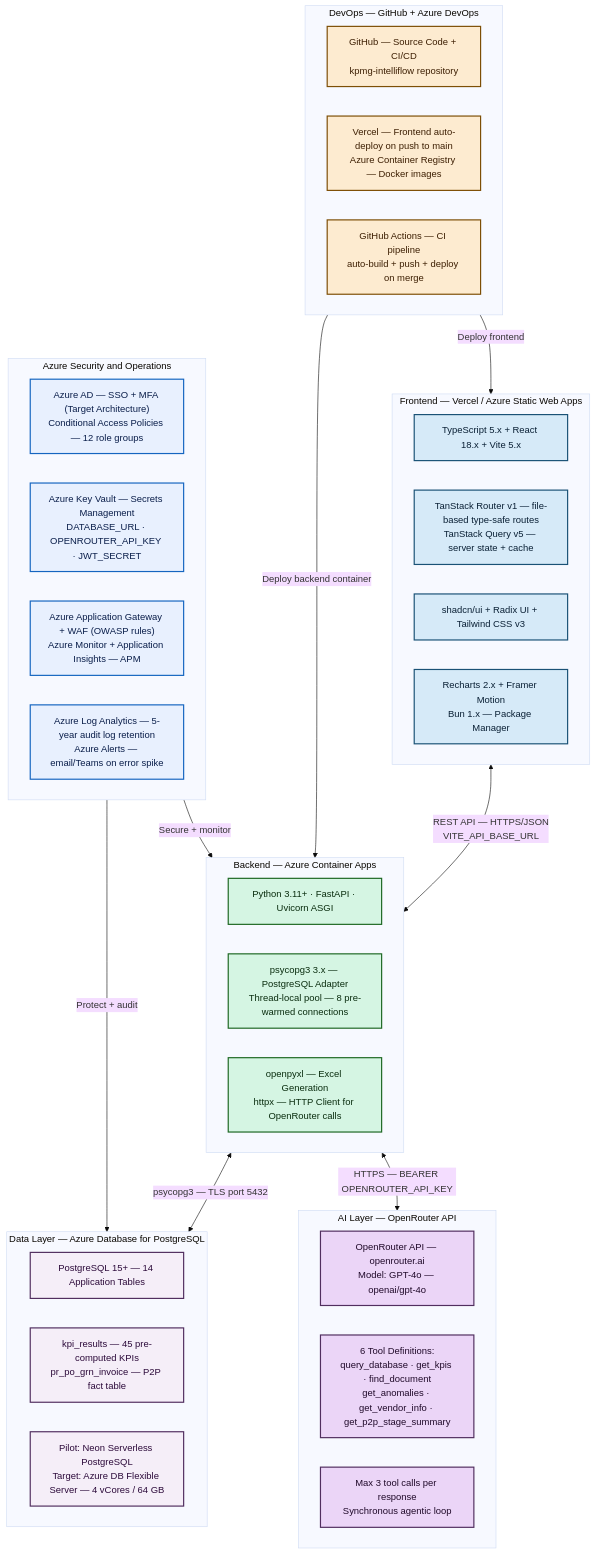
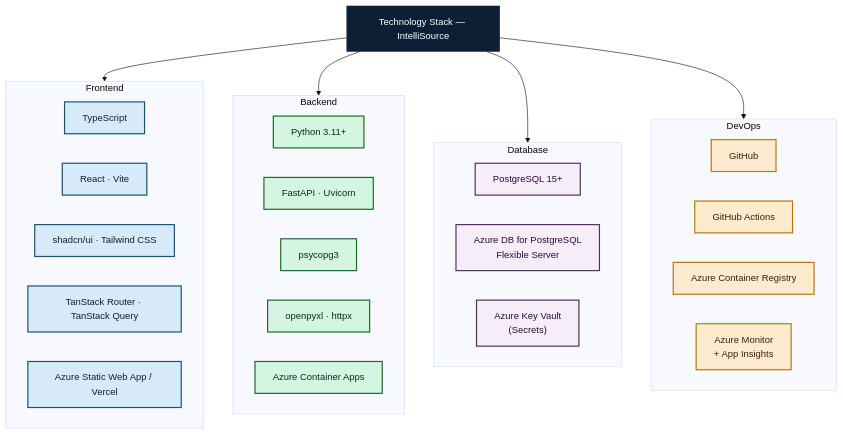
One commit to satyam-raj404/kpmg-intelliflow changed the diagram in ARB/D06_AppArch_TechnologyStack.mmd. Above: the diagram before and after it, drawn with Mermaid (base theme). The commit also changed 28 other files, not shown here.

First line of the commit message:
feat: add vendor CRUD, rework all 11 ARB diagrams, add demo video guide

```diff
--- a/ARB/D06_AppArch_TechnologyStack.mmd
+++ b/ARB/D06_AppArch_TechnologyStack.mmd
@@ -1,61 +1,48 @@
 flowchart TD
+    classDef hdrStyle fill:#0D1F35,stroke:#0D1F35,color:#FFFFFF,stroke-width:0px
     classDef feStyle  fill:#D6EAF8,stroke:#1A5276,color:#0A2035,stroke-width:2px
     classDef beStyle  fill:#D5F5E3,stroke:#1E6823,color:#0A2D0F,stroke-width:2px
     classDef dbStyle  fill:#F5EEF8,stroke:#512E5F,color:#2C0A3A,stroke-width:2px
-    classDef aiStyle  fill:#EBD5F7,stroke:#512E5F,color:#200A2A,stroke-width:2px
-    classDef devStyle fill:#FDEBD0,stroke:#7D4E05,color:#3D1F03,stroke-width:2px
-    classDef azStyle  fill:#E8F0FE,stroke:#1565C0,color:#0A1E4A,stroke-width:2px
-    classDef connStyle fill:#FFFFFF,stroke:#888888,color:#333333,stroke-width:1px
+    classDef devStyle fill:#FDEBD0,stroke:#B7770D,color:#3D1F03,stroke-width:2px
 
-    subgraph FE["Frontend — Vercel / Azure Static Web Apps"]
-        FE1["TypeScript 5.x + React 18.x + Vite 5.x"]
-        FE2["TanStack Router v1 — file-based type-safe routes\nTanStack Query v5 — server state + cache"]
-        FE3["shadcn/ui + Radix UI + Tailwind CSS v3"]
-        FE4["Recharts 2.x + Framer Motion\nBun 1.x — Package Manager"]
+    HDR["Technology Stack — IntelliSource"]
+
+    subgraph COL_FE["Frontend"]
+        FE_L["TypeScript"]
+        FE_F["React · Vite"]
+        FE_U["shadcn/ui · Tailwind CSS"]
+        FE_S["TanStack Router · TanStack Query"]
+        FE_H["Azure Static Web App / Vercel"]
     end
 
-    subgraph BE["Backend — Azure Container Apps"]
-        BE1["Python 3.11+ · FastAPI · Uvicorn ASGI"]
-        BE2["psycopg3 3.x — PostgreSQL Adapter\nThread-local pool — 8 pre-warmed connections"]
-        BE3["openpyxl — Excel Generation\nhttpx — HTTP Client for OpenRouter calls"]
+    subgraph COL_BE["Backend"]
+        BE_L["Python 3.11+"]
+        BE_F["FastAPI · Uvicorn"]
+        BE_D["psycopg3"]
+        BE_L2["openpyxl · httpx"]
+        BE_H["Azure Container Apps"]
     end
 
-    subgraph DB["Data Layer — Azure Database for PostgreSQL"]
-        DB1["PostgreSQL 15+ — 14 Application Tables"]
-        DB2["kpi_results — 45 pre-computed KPIs\npr_po_grn_invoice — P2P fact table"]
-        DB3["Pilot: Neon Serverless PostgreSQL\nTarget: Azure DB Flexible Server — 4 vCores / 64 GB"]
+    subgraph COL_DB["Database"]
+        DB_A["PostgreSQL 15+"]
+        DB_H["Azure DB for PostgreSQL\nFlexible Server"]
+        DB_S["Azure Key Vault\n(Secrets)"]
     end
 
-    subgraph AI["AI Layer — OpenRouter API"]
-        AI1["OpenRouter API — openrouter.ai\nModel: GPT-4o — openai/gpt-4o"]
-        AI2["6 Tool Definitions:\nquery_database · get_kpis · find_document\nget_anomalies · get_vendor_info · get_p2p_stage_summary"]
-        AI3["Max 3 tool calls per response\nSynchronous agentic loop"]
+    subgraph COL_DEV["DevOps"]
+        DEV_S["GitHub"]
+        DEV_C["GitHub Actions"]
+        DEV_R["Azure Container Registry"]
+        DEV_M["Azure Monitor\n+ App Insights"]
     end
 
-    subgraph DEV["DevOps — GitHub + Azure DevOps"]
-        DEV1["GitHub — Source Code + CI/CD\nkpmg-intelliflow repository"]
-        DEV2["Vercel — Frontend auto-deploy on push to main\nAzure Container Registry — Docker images"]
-        DEV3["GitHub Actions — CI pipeline\nauto-build + push + deploy on merge"]
-    end
+    HDR --> COL_FE
+    HDR --> COL_BE
+    HDR --> COL_DB
+    HDR --> COL_DEV
 
-    subgraph AZURE["Azure Security and Operations"]
-        AZ1["Azure AD — SSO + MFA (Target Architecture)\nConditional Access Policies — 12 role groups"]
-        AZ2["Azure Key Vault — Secrets Management\nDATABASE_URL · OPENROUTER_API_KEY · JWT_SECRET"]
-        AZ3["Azure Application Gateway + WAF (OWASP rules)\nAzure Monitor + Application Insights — APM"]
-        AZ4["Azure Log Analytics — 5-year audit log retention\nAzure Alerts — email/Teams on error spike"]
-    end
-
-    FE  <-->|"REST API — HTTPS/JSON\nVITE_API_BASE_URL"| BE
-    BE  <-->|"psycopg3 — TLS port 5432"| DB
-    BE  <-->|"HTTPS — BEARER OPENROUTER_API_KEY"| AI
-    DEV -->|"Deploy frontend"| FE
-    DEV -->|"Deploy backend container"| BE
-    AZURE -->|"Secure + monitor"| BE
-    AZURE -->|"Protect + audit"| DB
-
-    class FE1,FE2,FE3,FE4 feStyle
-    class BE1,BE2,BE3 beStyle
-    class DB1,DB2,DB3 dbStyle
-    class AI1,AI2,AI3 aiStyle
-    class DEV1,DEV2,DEV3 devStyle
-    class AZ1,AZ2,AZ3,AZ4 azStyle
+    class HDR hdrStyle
+    class FE_L,FE_F,FE_U,FE_S,FE_H feStyle
+    class BE_L,BE_F,BE_D,BE_L2,BE_H beStyle
+    class DB_A,DB_H,DB_S dbStyle
+    class DEV_S,DEV_C,DEV_R,DEV_M devStyle
```
